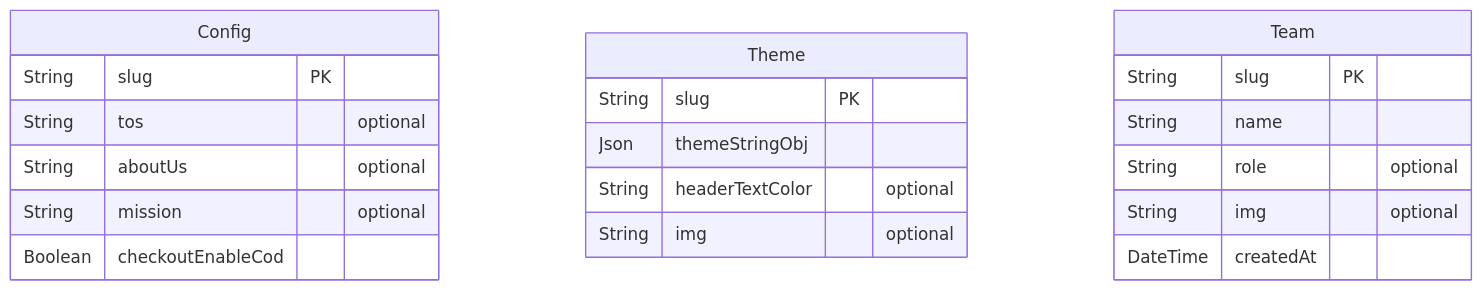
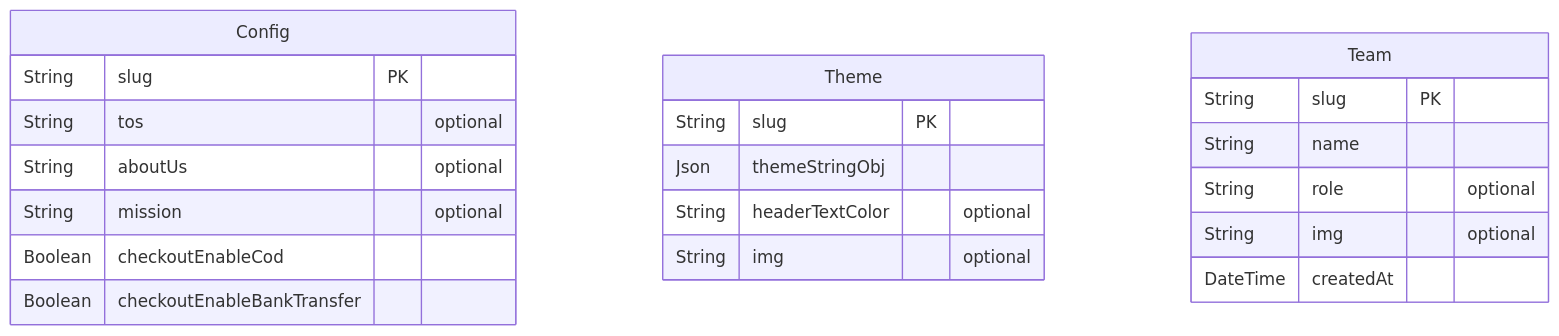
The fourth of 5 diagrams in docs/01-Overview/02-Tech-Stack-Concepts.md (aymanbazyan/storeflow-docs), drawn with Mermaid before and after one commit. The commit also changed other lines of this file and 4 other files, not shown here.

````diff
--- a/docs/01-Overview/02-Tech-Stack-Concepts.md
+++ b/docs/01-Overview/02-Tech-Stack-Concepts.md
@@ -229,25 +229,26 @@
 ```mermaid
 erDiagram
     Config {
         String slug PK
         String tos "optional"
         String aboutUs "optional"
         String mission "optional"
         Boolean checkoutEnableCod
+        Boolean checkoutEnableBankTransfer
     }
 
     Theme {
         String slug PK
         Json themeStringObj
         String headerTextColor "optional"
         String img "optional"
     }
 
     Team {
         String slug PK
         String name
         String role "optional"
         String img "optional"
         DateTime createdAt
     }
 ```
````
